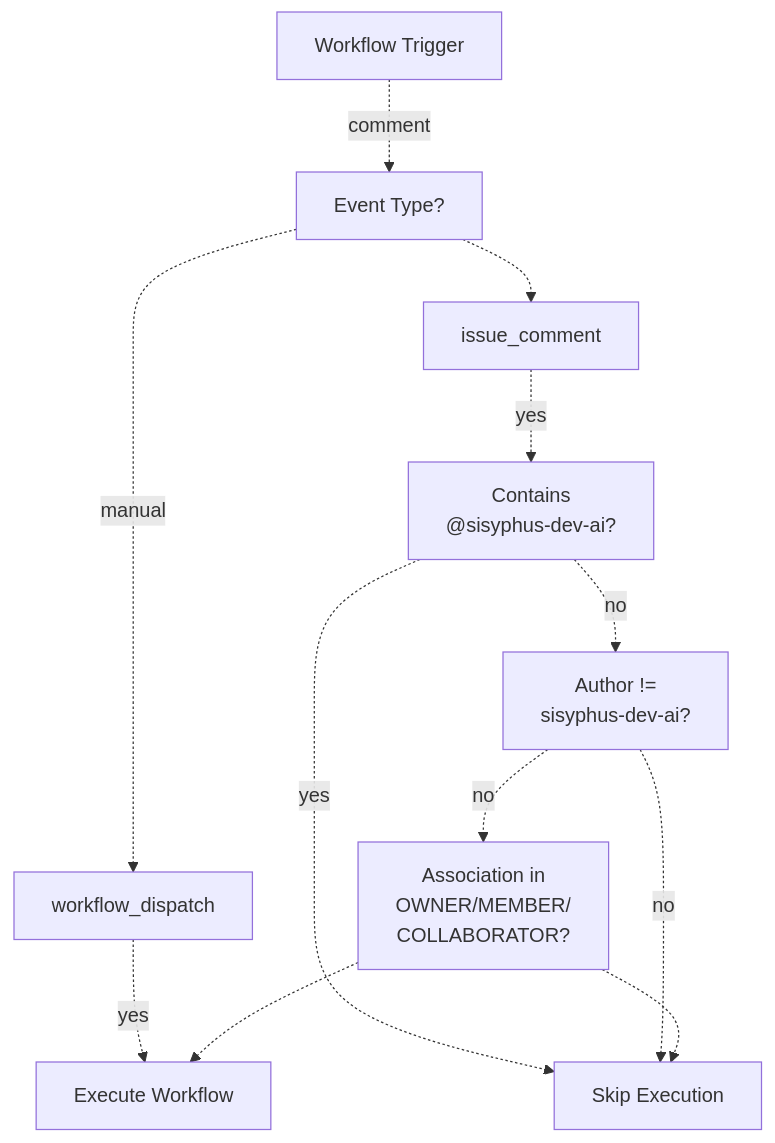
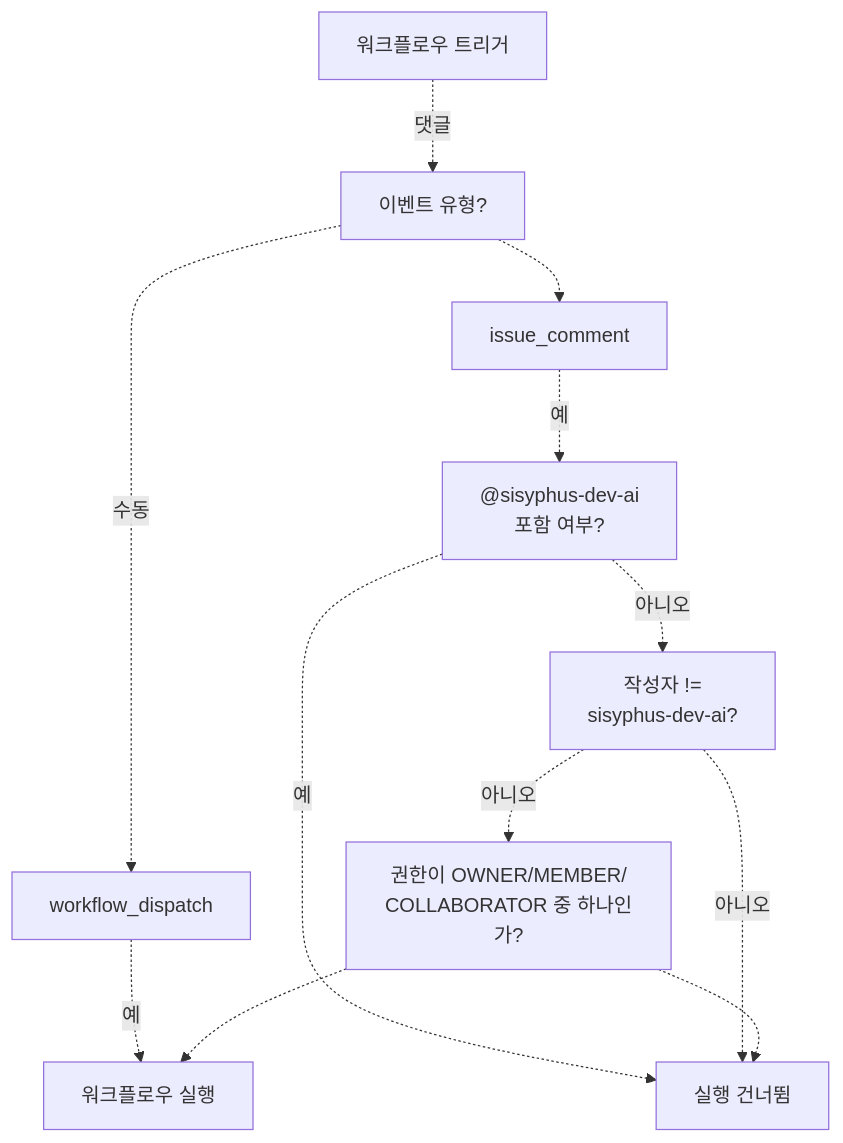
Before and after one commit to felipetruman/oh-my-opencode-docs: the second of 7 diagrams in docs/automation/github-actions-integration.md, drawn with Mermaid. The commit also changed other lines of this file and 76 other files, not shown here.

````diff
--- a/docs/automation/github-actions-integration.md
+++ b/docs/automation/github-actions-integration.md
@@ -123,25 +123,25 @@
 ```mermaid
 flowchart TD
 
-Trigger["Workflow Trigger"]
-EventCheck["Event Type?"]
+Trigger["워크플로우 트리거"]
+EventCheck["이벤트 유형?"]
 ManualDispatch["workflow_dispatch"]
 IssueComment["issue_comment"]
-MentionCheck["Contains<br>@sisyphus-dev-ai?"]
-AuthorCheck["Author !=<br>sisyphus-dev-ai?"]
-PermCheck["Association in<br>OWNER/MEMBER/<br>COLLABORATOR?"]
-Execute["Execute Workflow"]
-Reject["Skip Execution"]
+MentionCheck["@sisyphus-dev-ai<br>포함 여부?"]
+AuthorCheck["작성자 !=<br>sisyphus-dev-ai?"]
+PermCheck["권한이 OWNER/MEMBER/<br>COLLABORATOR 중 하나인가?"]
+Execute["워크플로우 실행"]
+Reject["실행 건너뜀"]
 
-Trigger -.->|"comment"| EventCheck
-EventCheck -.->|"manual"| ManualDispatch
+Trigger -.->|"댓글"| EventCheck
+EventCheck -.->|"수동"| ManualDispatch
 EventCheck -.-> IssueComment
-ManualDispatch -.->|"yes"| Execute
-IssueComment -.->|"yes"| MentionCheck
-MentionCheck -.->|"yes"| Reject
-MentionCheck -.->|"no"| AuthorCheck
-AuthorCheck -.->|"no"| Reject
-AuthorCheck -.->|"no"| PermCheck
+ManualDispatch -.->|"예"| Execute
+IssueComment -.->|"예"| MentionCheck
+MentionCheck -.->|"예"| Reject
+MentionCheck -.->|"아니오"| AuthorCheck
+AuthorCheck -.->|"아니오"| Reject
+AuthorCheck -.->|"아니오"| PermCheck
 PermCheck -.-> Reject
 PermCheck -.-> Execute
 ```
````
